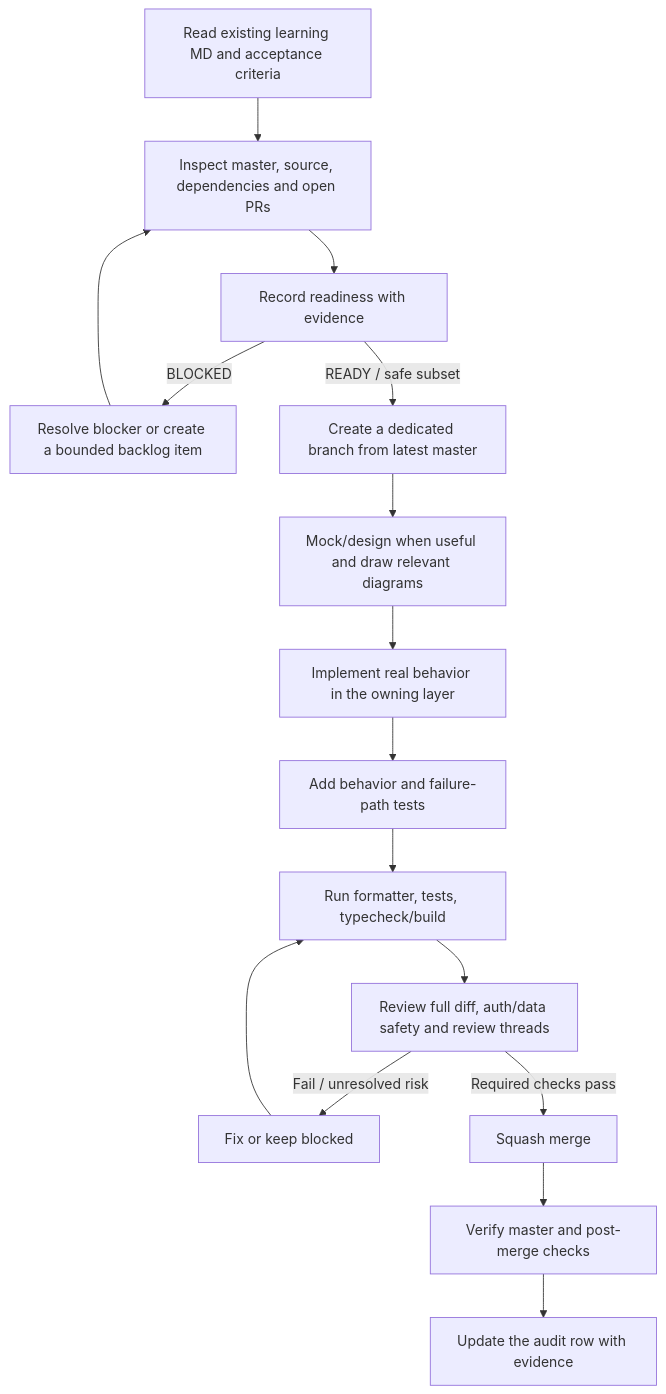
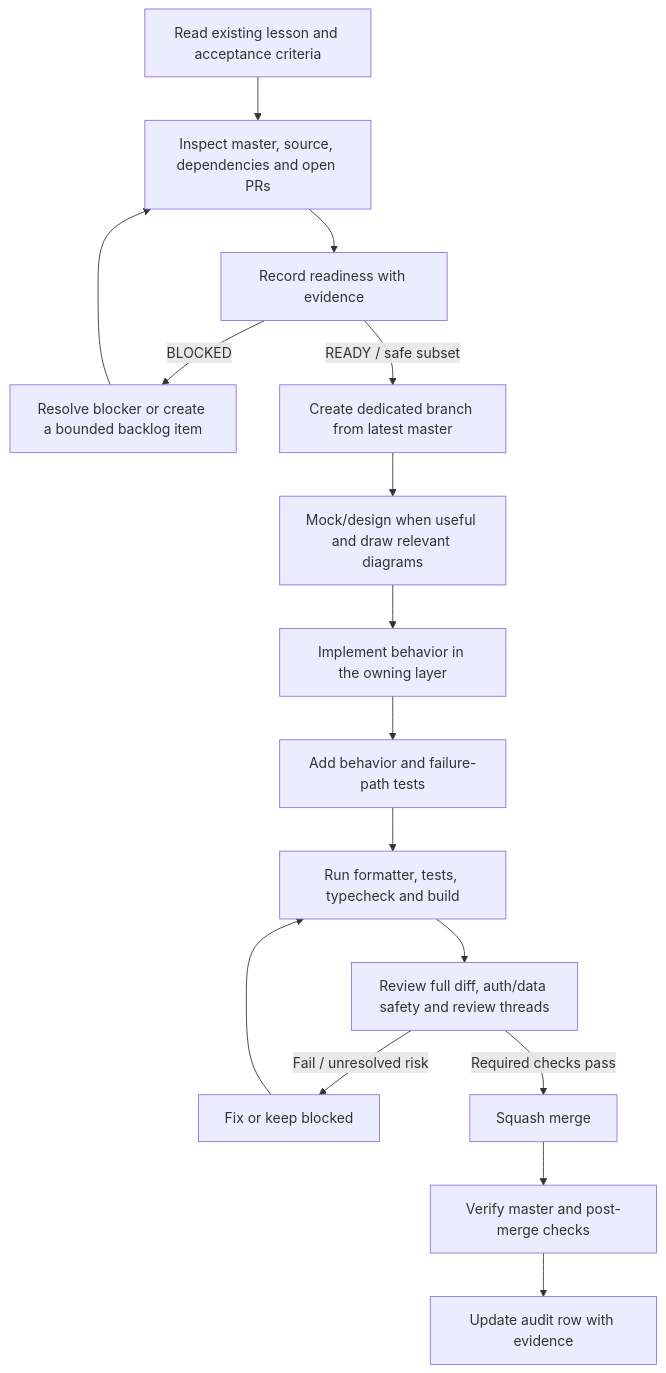
The first of 2 diagrams in docs/learning/implementation-audit-readiness.md (phanthienquoc/TCE-dashboard), drawn with Mermaid before and after one commit. The commit also changed other lines of this file, not shown here.

Commit message:
docs(learning): simplify audit matrix and readiness evidence

````diff
--- a/docs/learning/implementation-audit-readiness.md
+++ b/docs/learning/implementation-audit-readiness.md
@@ -49,18 +77,18 @@
 ```mermaid
 flowchart TD
-  A[Read existing learning MD and acceptance criteria] --> B[Inspect master, source, dependencies and open PRs]
+  A[Read existing lesson and acceptance criteria] --> B[Inspect master, source, dependencies and open PRs]
   B --> C[Record readiness with evidence]
   C -->|BLOCKED| D[Resolve blocker or create a bounded backlog item]
   D --> B
-  C -->|READY / safe subset| E[Create a dedicated branch from latest master]
+  C -->|READY / safe subset| E[Create dedicated branch from latest master]
   E --> F[Mock/design when useful and draw relevant diagrams]
-  F --> G[Implement real behavior in the owning layer]
+  F --> G[Implement behavior in the owning layer]
   G --> H[Add behavior and failure-path tests]
-  H --> I[Run formatter, tests, typecheck/build]
+  H --> I[Run formatter, tests, typecheck and build]
   I --> J[Review full diff, auth/data safety and review threads]
   J -->|Fail / unresolved risk| K[Fix or keep blocked]
   K --> I
   J -->|Required checks pass| L[Squash merge]
   L --> M[Verify master and post-merge checks]
-  M --> N[Update the audit row with evidence]
+  M --> N[Update audit row with evidence]
 ```
````
